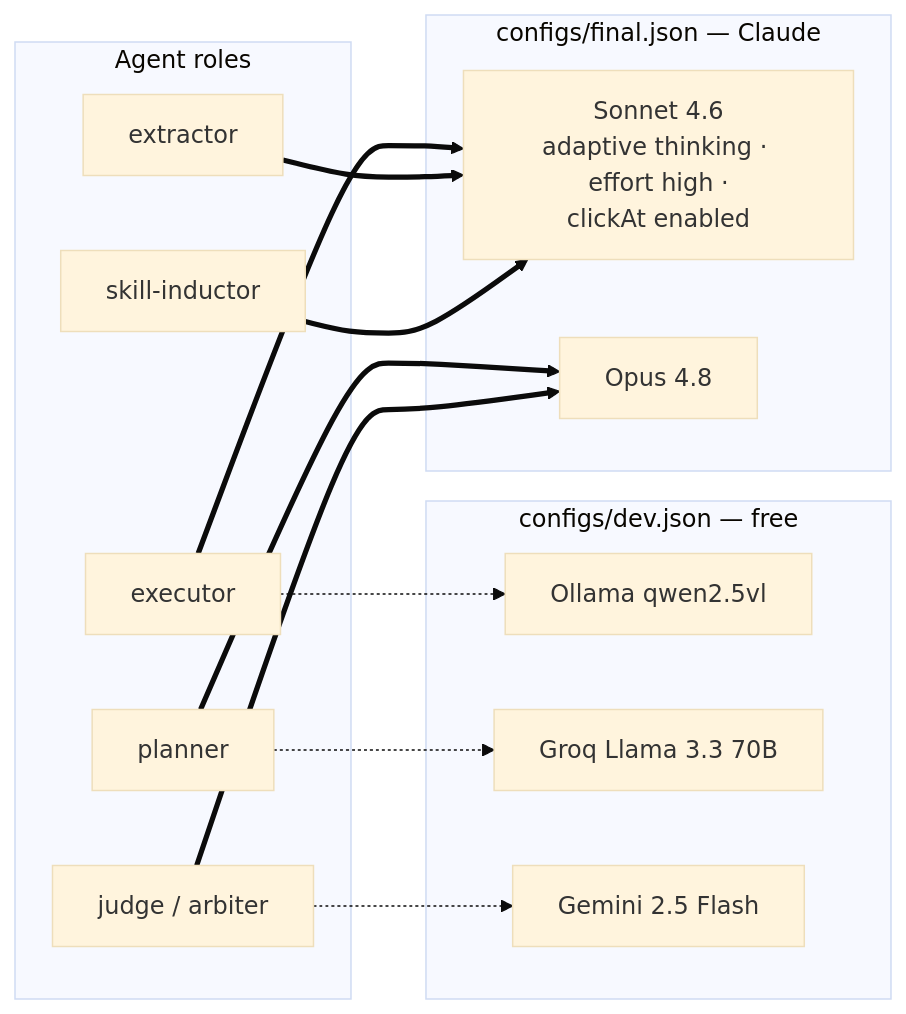
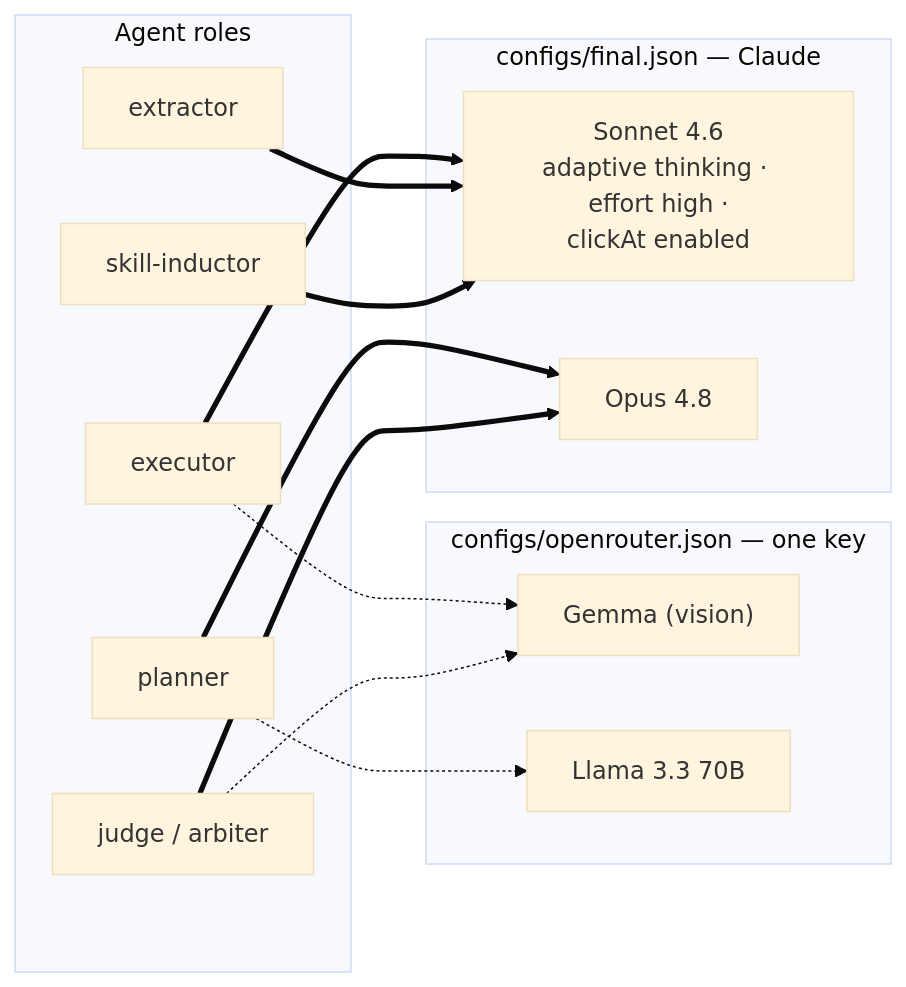
Before and after one commit to vimalyad/accura: the third of 3 diagrams in README.md, drawn with Mermaid (base theme). The commit also changed other lines of this file and 39 other files, not shown here.

````diff
--- a/README.md
+++ b/README.md
@@ -137,30 +129,29 @@
 ```mermaid
 flowchart LR
     subgraph roles["Agent roles"]
         E[executor]
         P[planner]
         J[judge / arbiter]
         X[extractor]
         S[skill-inductor]
     end
 
-    subgraph dev["configs/dev.json — free"]
-        QWEN["Ollama qwen2.5vl"]
-        LLAMA["Groq Llama 3.3 70B"]
-        GEMINI["Gemini 2.5 Flash"]
+    subgraph openrouter["configs/openrouter.json — one key"]
+        GEMMA["Gemma (vision)"]
+        LLAMA["Llama 3.3 70B"]
     end
 
     subgraph final["configs/final.json — Claude"]
         SONNET["Sonnet 4.6<br/>adaptive thinking · effort high ·<br/>clickAt enabled"]
         OPUS["Opus 4.8"]
     end
 
-    E -.-> QWEN
+    E -.-> GEMMA
     P -.-> LLAMA
-    J -.-> GEMINI
+    J -.-> GEMMA
     E ==> SONNET
     X ==> SONNET
     S ==> SONNET
     P ==> OPUS
     J ==> OPUS
 ```
````
